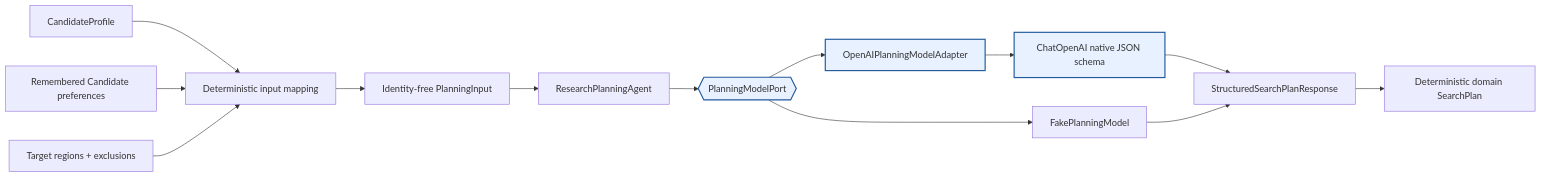
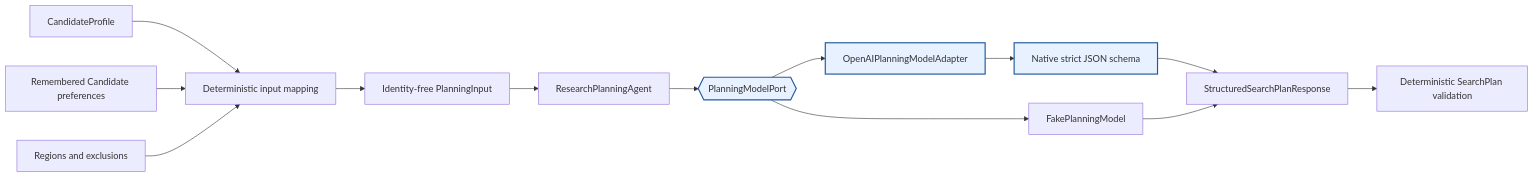
The second of 14 diagrams in projects/scholar-path/docs/architecture.md (shanly-rajan/ai-builder), drawn with Mermaid before and after one commit. The commit also changed other lines of this file and 57 other files, not shown here.

````diff
--- a/projects/scholar-path/docs/architecture.md
+++ b/projects/scholar-path/docs/architecture.md
@@ -15,18 +51,18 @@
 ```mermaid
 flowchart LR
     Profile[CandidateProfile] --> Map[Deterministic input mapping]
     Preferences[Remembered Candidate preferences] --> Map
-    Regions[Target regions + exclusions] --> Map
+    Constraints[Regions and exclusions] --> Map
     Map --> Input[Identity-free PlanningInput]
     Input --> Agent[ResearchPlanningAgent]
     Agent --> Port{{PlanningModelPort}}
     Port --> Fake[FakePlanningModel]
     Port --> OpenAI[OpenAIPlanningModelAdapter]
-    OpenAI --> Native[ChatOpenAI native JSON schema]
+    OpenAI --> Native[Native strict JSON schema]
     Native --> DTO[StructuredSearchPlanResponse]
     Fake --> DTO
-    DTO --> Domain[Deterministic domain SearchPlan]
+    DTO --> Domain[Deterministic SearchPlan validation]
 
     classDef boundary fill:#e8f1ff,stroke:#245a9b,stroke-width:2px;
     class Port,OpenAI,Native boundary;
 ```
````
